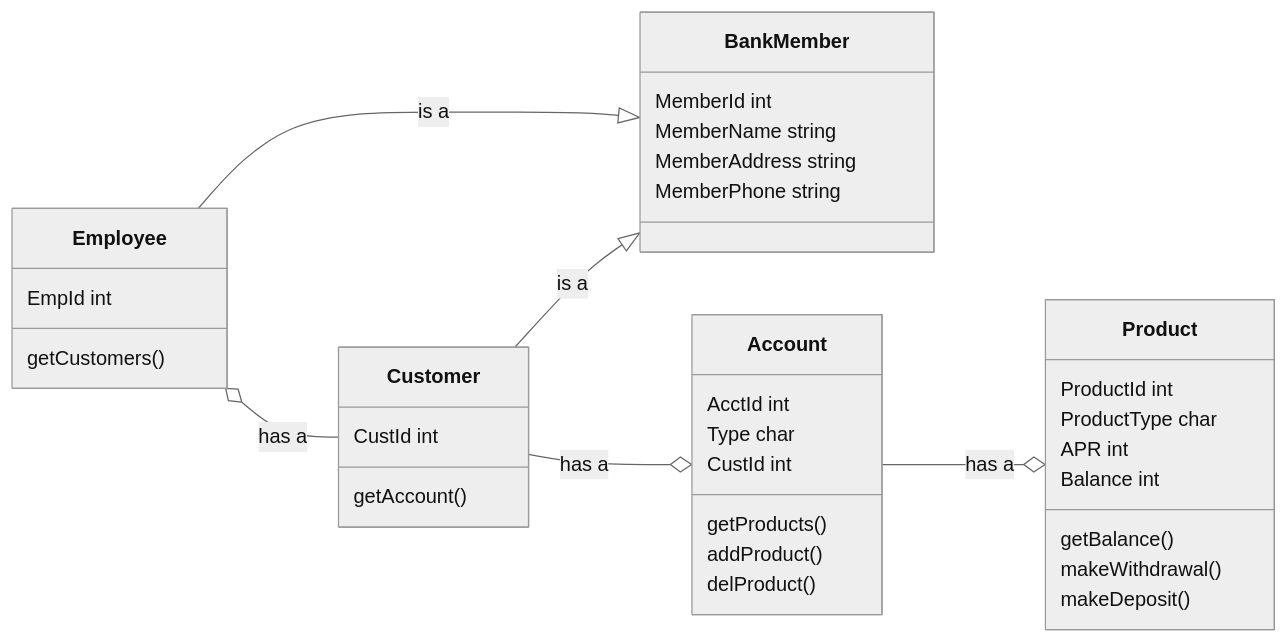
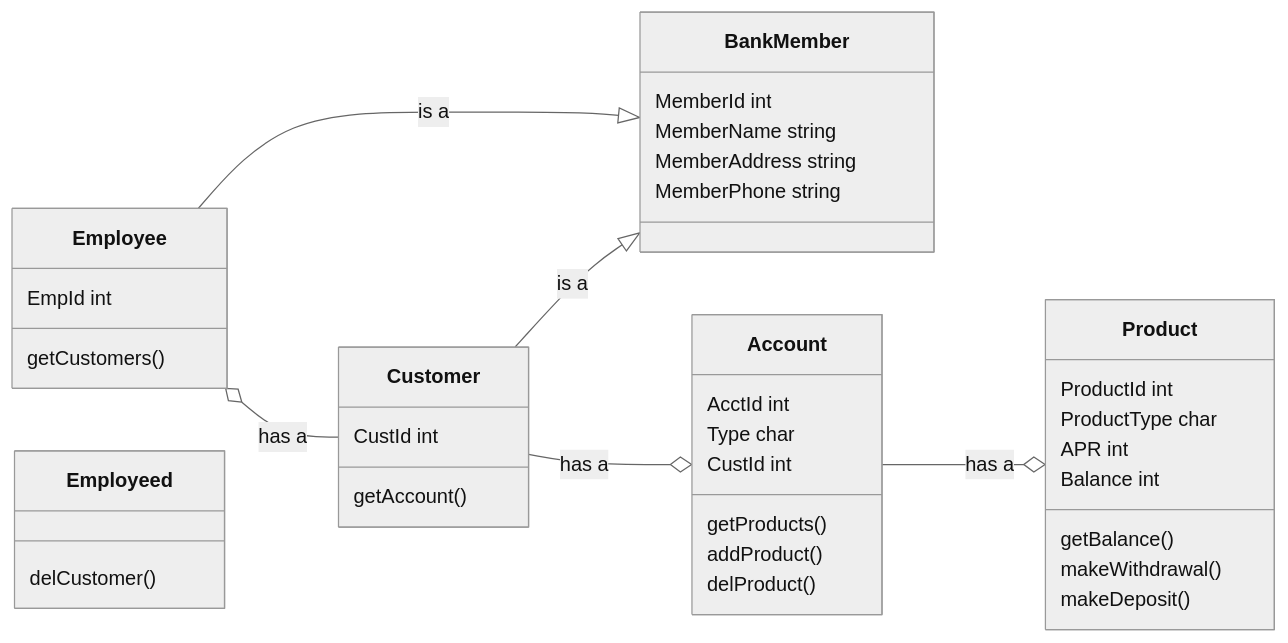
The diagram in mermaid.md (Marcus-Snell/Test), drawn with Mermaid (neutral theme) before and after one commit.

````diff
--- a/mermaid.md
+++ b/mermaid.md
@@ -1,40 +1,41 @@
 ```mermaid
 classDiagram
 direction LR
 BankMember
 BankMember : MemberId int
 BankMember : MemberName string
 BankMember : MemberAddress string
 BankMember : MemberPhone string
 
 
 Employee --|> BankMember : is a
 Employee o-- Customer : has a
 Employee : EmpId int
 Employee : getCustomers()
+Employeed : delCustomer()
 
 Customer --|> BankMember : is a
 Customer --o Account : has a
 Customer : CustId int
 Customer : getAccount()
 
 Account --o Product : has a
 Account : AcctId int
 Account : Type char
 Account : CustId int
 Account : getProducts()
 Account : addProduct()
 Account : delProduct()
 
 
 
 
 Product : ProductId int
 Product : ProductType char
 Product : APR int
 Product : Balance int
 Product : getBalance()
 Product : makeWithdrawal()
 Product : makeDeposit()
 
 ```
````
